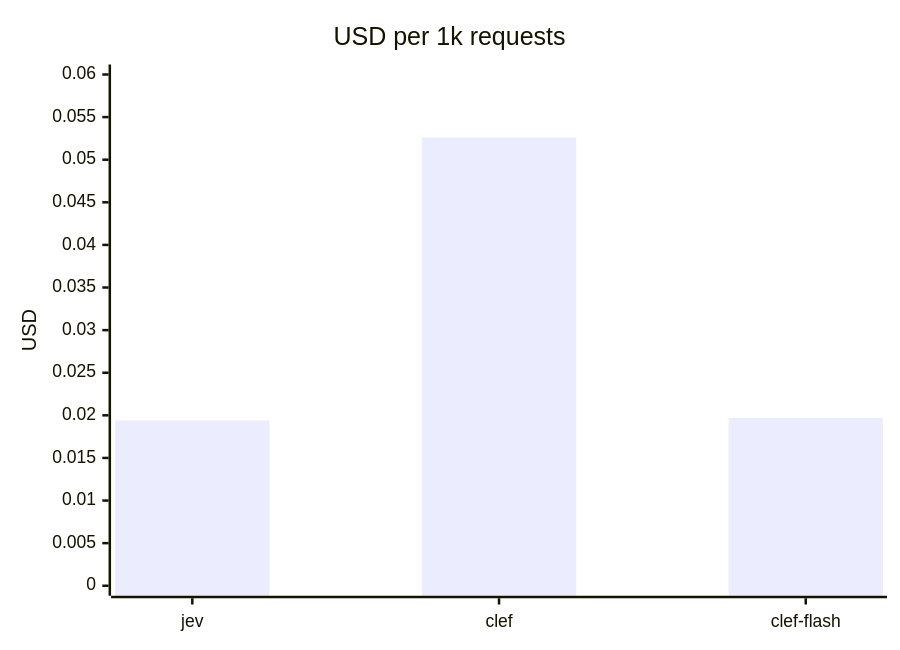
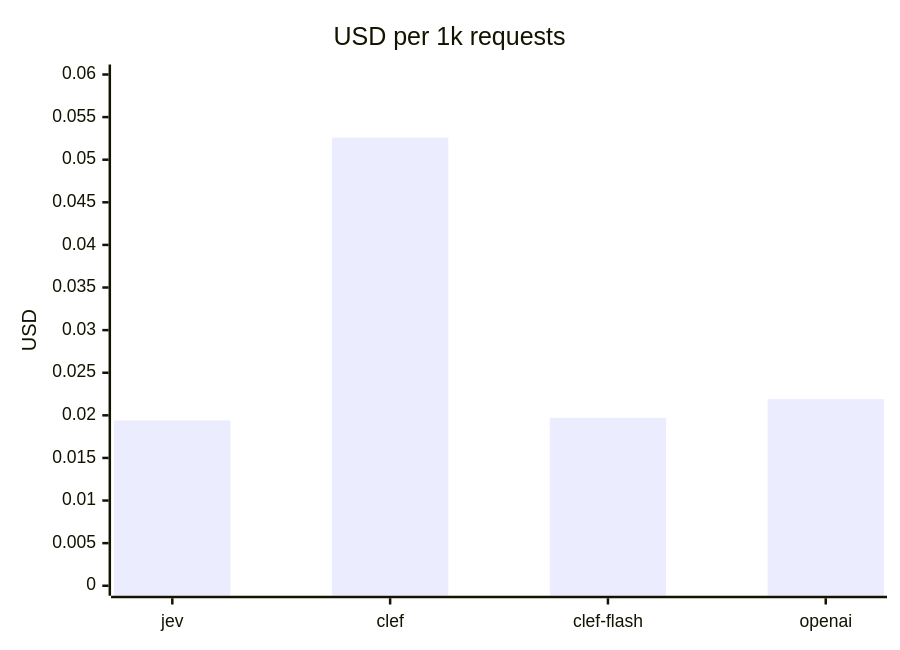
Before and after one commit to mantaroh/jev-vs-openai-dicision-api: the fourth of 4 diagrams in README.md, drawn with Mermaid. The commit also changed other lines of this file and 3 other files, not shown here.

````diff
--- a/README.md
+++ b/README.md
@@ -87,7 +89,7 @@
 ```mermaid
 xychart-beta
     title "USD per 1k requests"
-    x-axis ["jev", "clef", "clef-flash"]
+    x-axis ["jev", "clef", "clef-flash", "openai"]
     y-axis "USD" 0 --> 0.06
-    bar [0.0194, 0.0526, 0.0197]
+    bar [0.0194, 0.0526, 0.0197, 0.0219]
 ```
````
